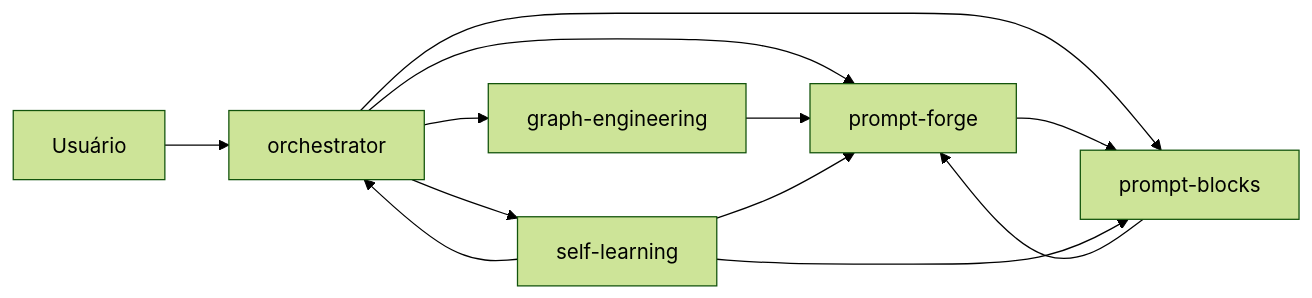
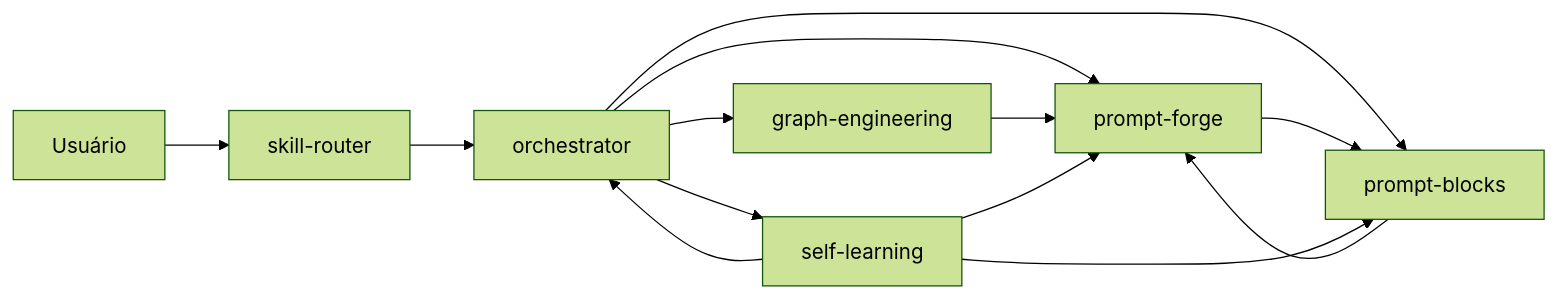
One commit to brenoazvd/azvd-toolkit changed the diagram in README.md. Above: the diagram before and after it, drawn with Mermaid (forest theme). The commit also changed other lines of this file and 18 other files, not shown here.

Commit message:
validação das 6 skills: skill-router conectado às 5; prompt-forge (modo headless, path B11, usa blocos reais); frontmatter dos 11 blocos JSON->YAML OKF (fix aspas b10); relations cruzadas completas

````diff
--- a/README.md
+++ b/README.md
@@ -19,14 +20,15 @@
 ```mermaid
 flowchart LR
-  U[Usuário] --> O[orchestrator]
+  U[Usuário] --> SR[skill-router]
+  SR --> O[orchestrator]
   O --> PF[prompt-forge]
   O --> GE[graph-engineering]
   O --> PB[prompt-blocks]
   O --> SL[self-learning]
   PF --> PB
   GE --> PF
   PB --> PF
   SL --> PB
   SL --> PF
   SL --> O
 ```
````
